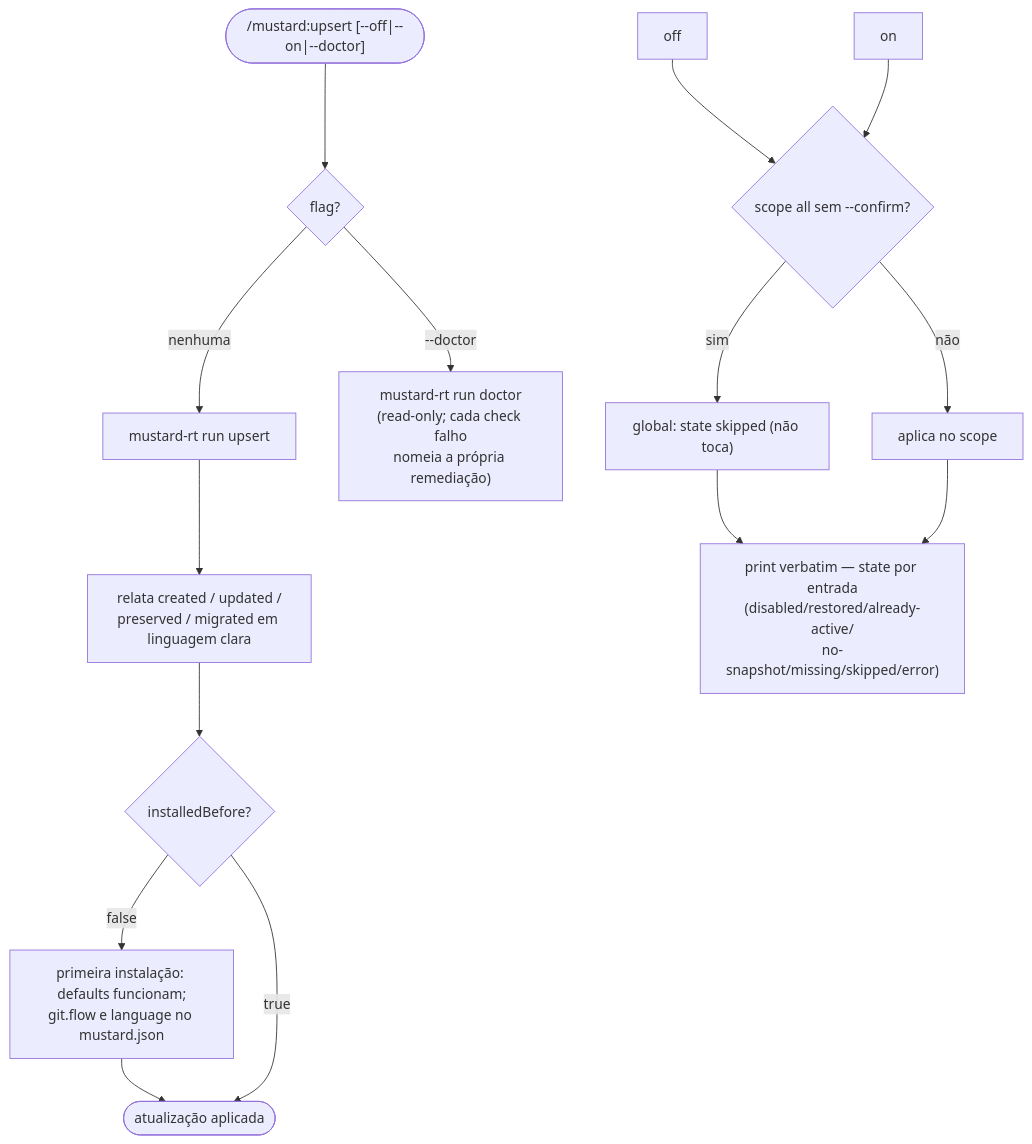
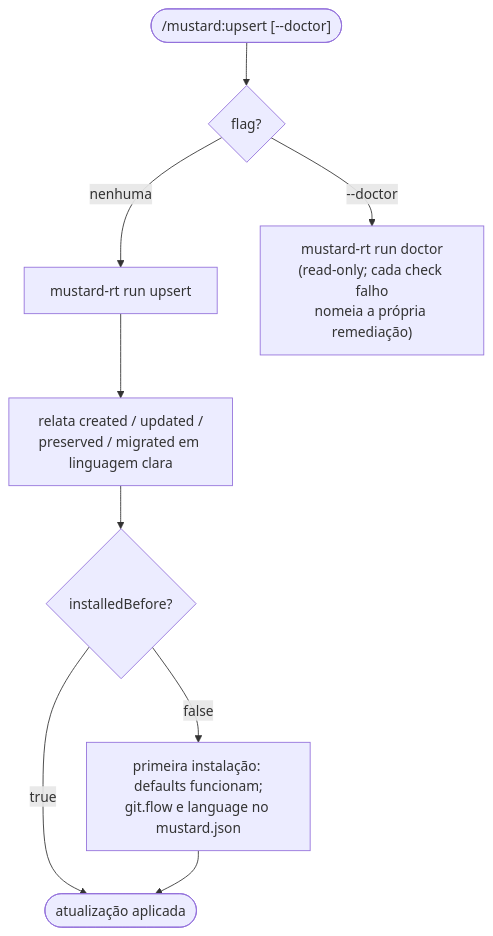
Diagram 11 of 11 in MUSTARD-COMMANDS.md (rubensrpj/mustard), drawn with Mermaid before and after one commit. The commit also changed other lines of this file and 17 other files, not shown here.

````diff
--- a/MUSTARD-COMMANDS.md
+++ b/MUSTARD-COMMANDS.md
@@ -432,20 +424,13 @@
 ```mermaid
 flowchart TD
-    start(["/mustard:upsert [--off|--on|--doctor]"]) --> which{"flag?"}
+    start(["/mustard:upsert [--doctor]"]) --> which{"flag?"}
 
     which -->|nenhuma| ups["mustard-rt run upsert"]
     ups --> lists["relata created / updated /<br/>preserved / migrated em linguagem clara"]
     lists --> first{"installedBefore?"}
     first -->|false| hint["primeira instalação: defaults funcionam;<br/>git.flow e language no mustard.json"]
     first -->|true| doneU(["atualização aplicada"])
     hint --> doneU
 
-    off --> scopeChk{"scope all sem --confirm?"}
-    on --> scopeChk
-    scopeChk -->|sim| skip["global: state skipped (não toca)"]
-    scopeChk -->|não| apply["aplica no scope"]
-    skip --> report
-    apply --> report["print verbatim — state por entrada<br/>(disabled/restored/already-active/<br/>no-snapshot/missing/skipped/error)"]
-
     which -->|--doctor| doc["mustard-rt run doctor<br/>(read-only; cada check falho<br/>nomeia a própria remediação)"]
 ```
````
